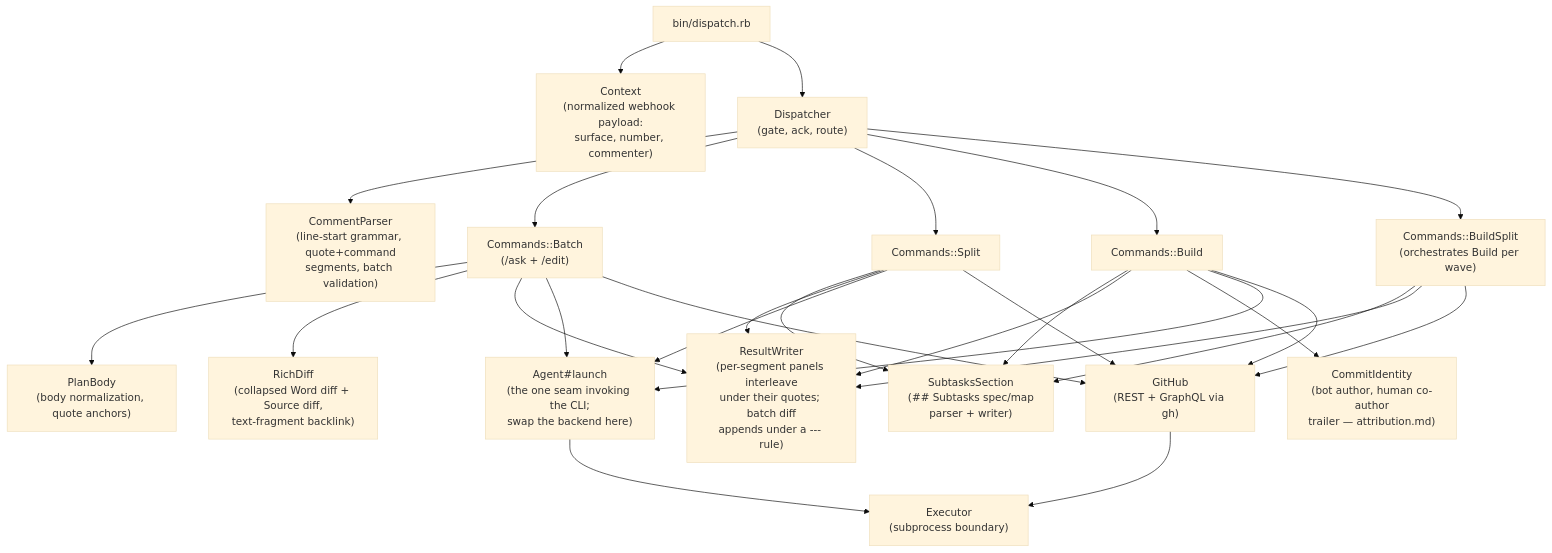
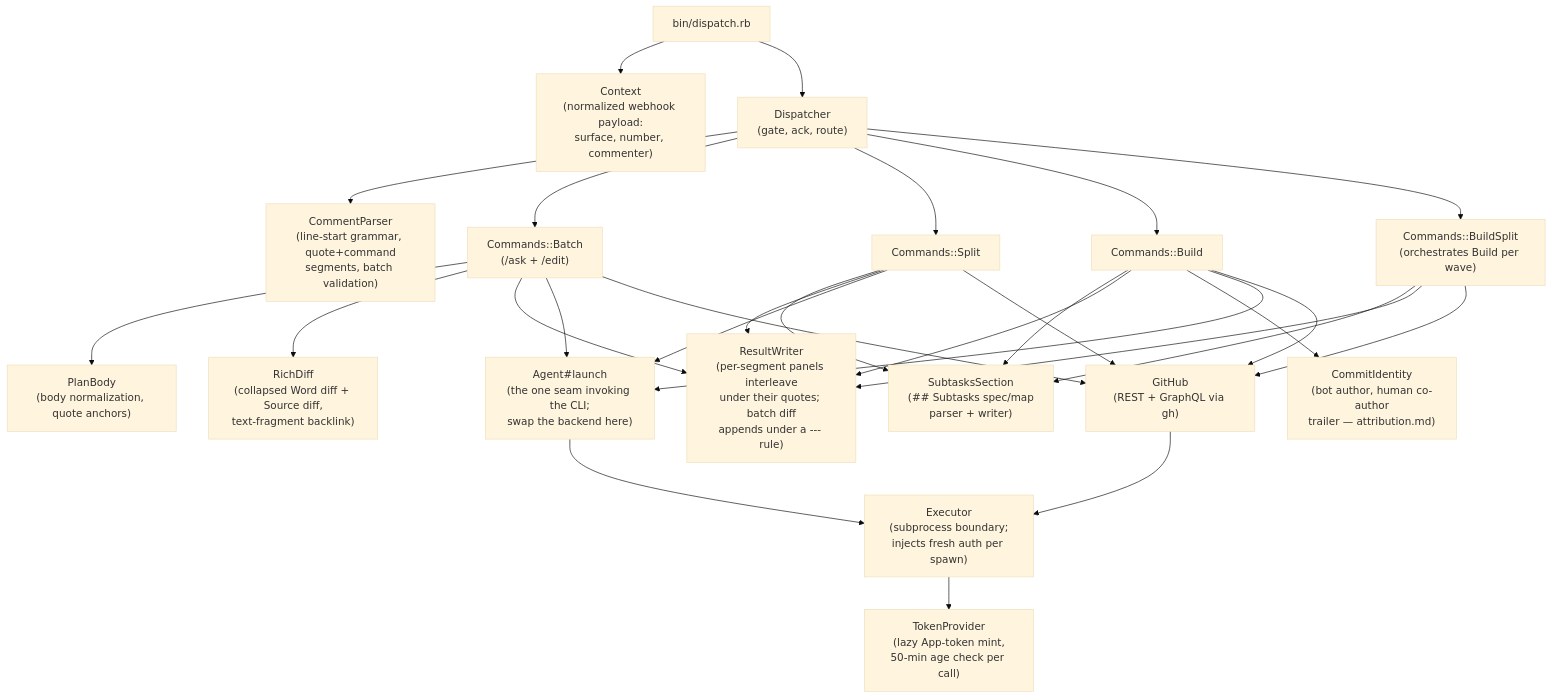
The third of 6 diagrams in docs/architecture.md (d3mlabs/ai-flow), drawn with Mermaid (base theme) before and after one commit. The commit also changed other lines of this file and 11 other files, not shown here.

First line of the commit message:
Mint App tokens lazily and exclude workflow files from /build commits

````diff
--- a/docs/architecture.md
+++ b/docs/architecture.md
@@ -111,31 +120,32 @@
 ```mermaid
 flowchart TD
     entry["bin/dispatch.rb"] --> ctx["Context<br/>(normalized webhook payload:<br/>surface, number, commenter)"]
     entry --> disp["Dispatcher<br/>(gate, ack, route)"]
     disp --> parser["CommentParser<br/>(line-start grammar, quote+command<br/>segments, batch validation)"]
     disp --> batchCmd["Commands::Batch<br/>(/ask + /edit)"]
     disp --> splitCmd["Commands::Split"]
     disp --> buildCmd["Commands::Build"]
     disp --> buildSplitCmd["Commands::BuildSplit<br/>(orchestrates Build per wave)"]
 
     splitCmd --> subtasksSection["SubtasksSection<br/>(## Subtasks spec/map<br/>parser + writer)"]
     buildCmd --> subtasksSection
     buildSplitCmd --> subtasksSection
     batchCmd --> planBody["PlanBody<br/>(body normalization, quote anchors)"]
     batchCmd --> richDiff["RichDiff<br/>(collapsed Word diff + Source diff,<br/>text-fragment backlink)"]
     batchCmd --> resultWriter["ResultWriter<br/>(per-segment panels interleave<br/>under their quotes; batch diff<br/>appends under a --- rule)"]
     splitCmd --> resultWriter
     buildCmd --> resultWriter
     buildSplitCmd --> resultWriter
     buildCmd --> commitIdentity["CommitIdentity<br/>(bot author, human co-author<br/>trailer — attribution.md)"]
 
     batchCmd --> agent["Agent#launch<br/>(the one seam invoking the CLI;<br/>swap the backend here)"]
     splitCmd --> agent
     buildCmd --> agent
     batchCmd --> gh["GitHub<br/>(REST + GraphQL via gh)"]
     splitCmd --> gh
     buildCmd --> gh
     buildSplitCmd --> gh
-    agent --> exec["Executor<br/>(subprocess boundary)"]
+    agent --> exec["Executor<br/>(subprocess boundary;<br/>injects fresh auth per spawn)"]
     gh --> exec
+    exec --> tokenProvider["TokenProvider<br/>(lazy App-token mint,<br/>50-min age check per call)"]
 ```
````
